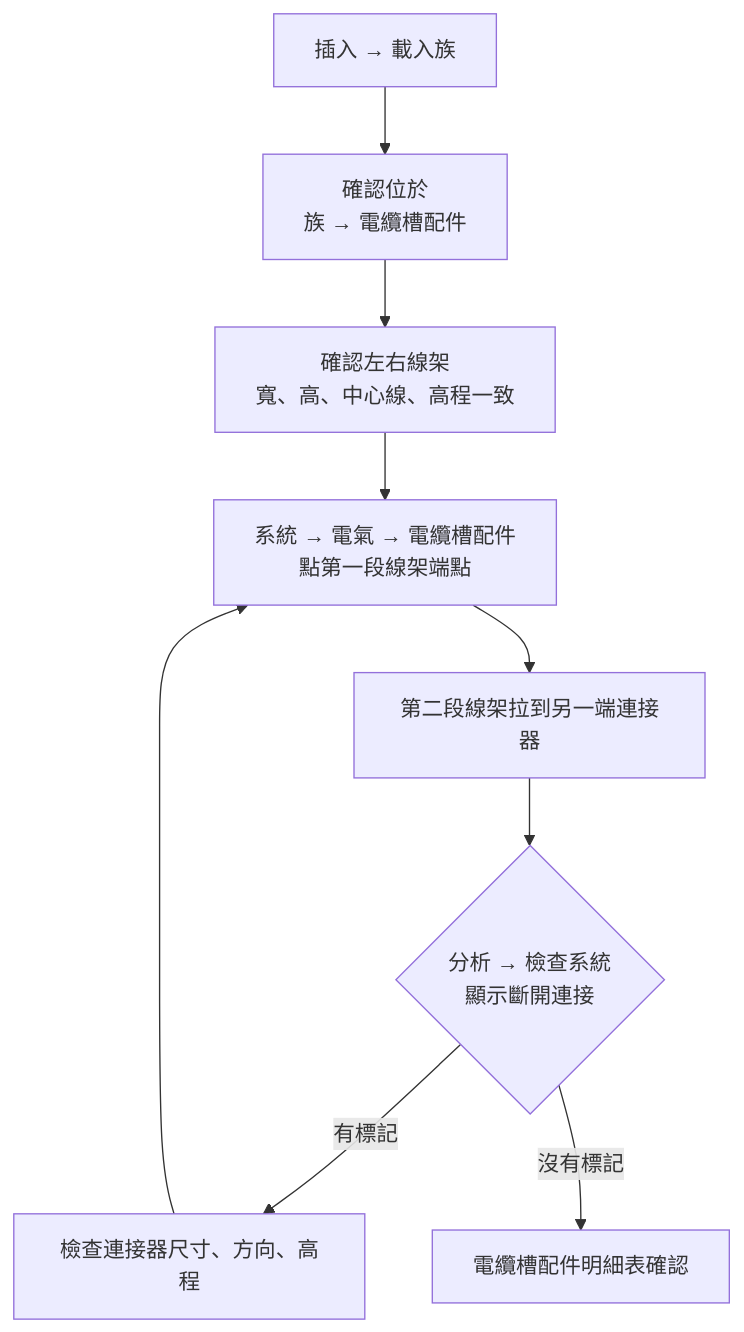
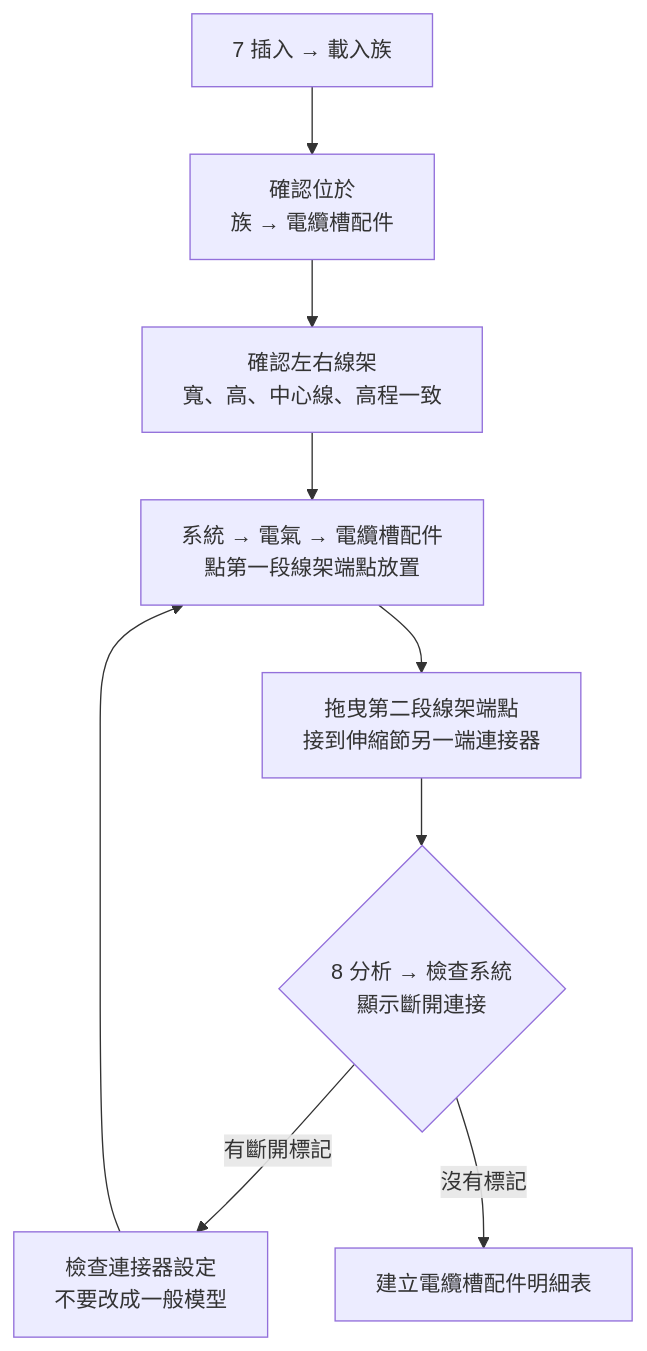
One commit to rita112025-cpu/ct-expansion-guide changed the second of 2 diagrams in README.md. Above: the diagram before and after it, drawn with Mermaid. The commit also changed other lines of this file and 1 other file, not shown here.

````diff
--- a/README.md
+++ b/README.md
@@ -66,11 +64,11 @@
 ```mermaid
 flowchart TD
-  A["插入 → 載入族"] --> B["確認位於<br>族 → 電纜槽配件"]
+  A["7 插入 → 載入族"] --> B["確認位於<br>族 → 電纜槽配件"]
   B --> C["確認左右線架<br>寬、高、中心線、高程一致"]
-  C --> D["系統 → 電氣 → 電纜槽配件<br>點第一段線架端點"]
-  D --> E["第二段線架拉到另一端連接器"]
-  E --> F{"分析 → 檢查系統<br>顯示斷開連接"}
-  F -->|有標記| G["檢查連接器尺寸、方向、高程"]
+  C --> D["系統 → 電氣 → 電纜槽配件<br>點第一段線架端點放置"]
+  D --> E["拖曳第二段線架端點<br>接到伸縮節另一端連接器"]
+  E --> F{"8 分析 → 檢查系統<br>顯示斷開連接"}
+  F -->|有斷開標記| G["檢查連接器設定<br>不要改成一般模型"]
   G --> D
-  F -->|沒有標記| H["電纜槽配件明細表確認"]
+  F -->|沒有標記| H["建立電纜槽配件明細表"]
 ```
````
